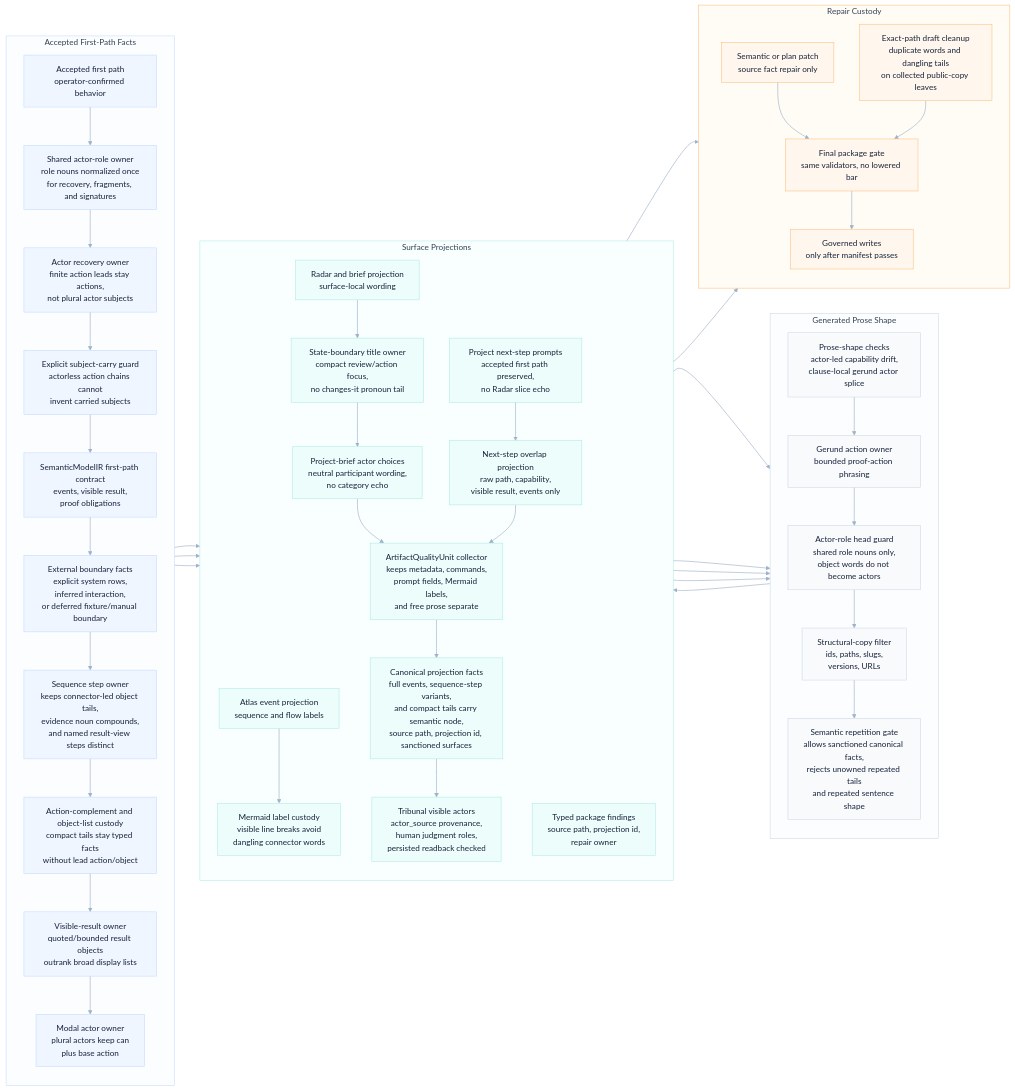
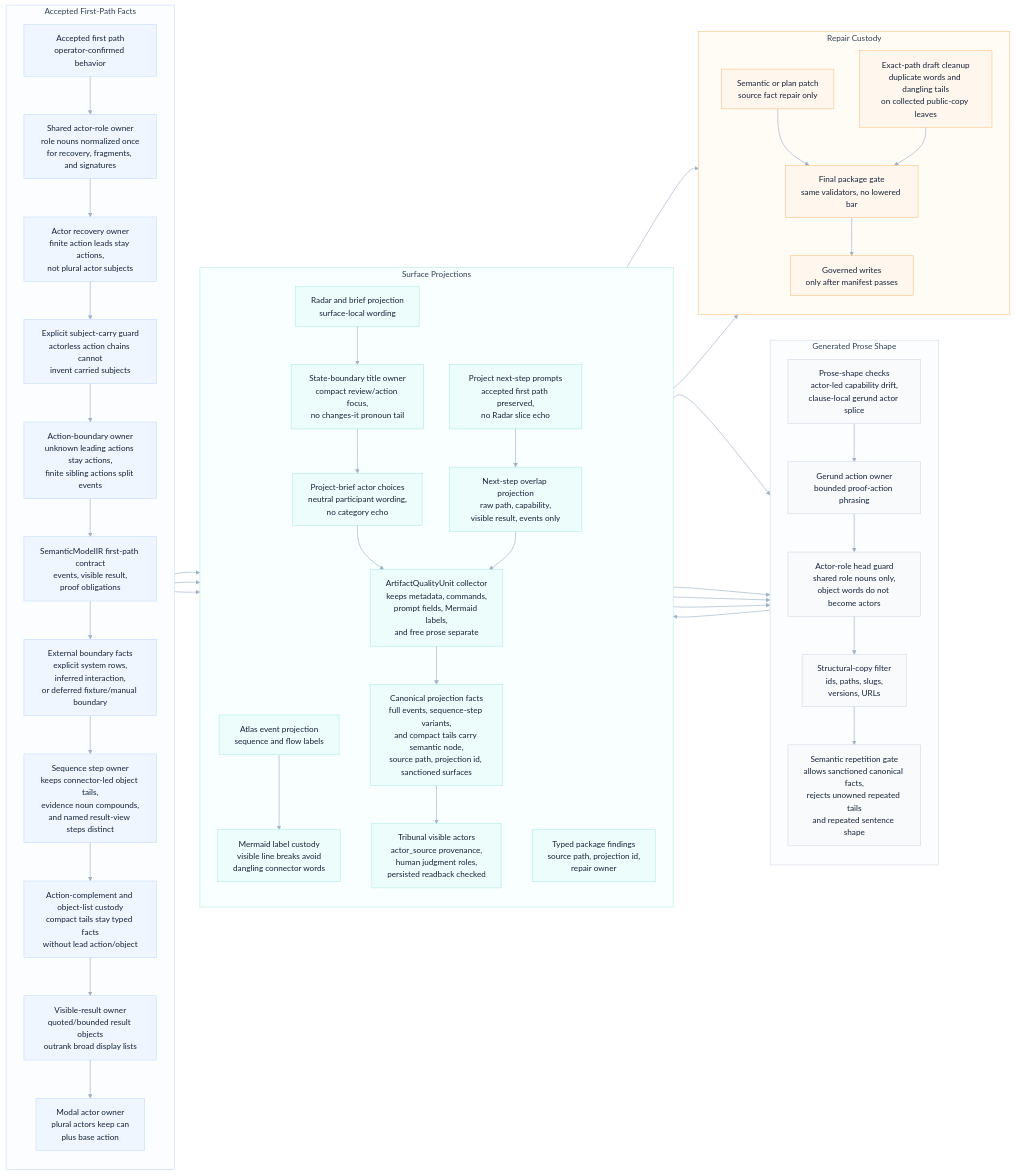
The diagram in odylith/atlas/source/greenfield-first-path-semantic-copy-custody.mmd (odylith/odylith), drawn with Mermaid before and after one commit. The commit also changed 25 other files, not shown here.

Commit message:
Harden greenfield first-path action custody

```diff
--- a/odylith/atlas/source/greenfield-first-path-semantic-copy-custody.mmd
+++ b/odylith/atlas/source/greenfield-first-path-semantic-copy-custody.mmd
@@ -1,96 +1,98 @@
 flowchart LR
     subgraph intent_lane["Accepted First-Path Facts"]
       direction TB
       accepted_path["Accepted first path<br/>operator-confirmed behavior"]
       actor_roles["Shared actor-role owner<br/>role nouns normalized once<br/>for recovery, fragments, and signatures"]
       actor_recovery["Actor recovery owner<br/>finite action leads stay actions,<br/>not plural actor subjects"]
       subject_carry_guard["Explicit subject-carry guard<br/>actorless action chains cannot<br/>invent carried subjects"]
+      action_boundary["Action-boundary owner<br/>unknown leading actions stay actions,<br/>finite sibling actions split events"]
       semantic_contract["SemanticModelIR first-path contract<br/>events, visible result,<br/>proof obligations"]
       external_boundary["External boundary facts<br/>explicit system rows,<br/>inferred interaction,<br/>or deferred fixture/manual boundary"]
       sequence_owner["Sequence step owner<br/>keeps connector-led object tails,<br/>evidence noun compounds,<br/>and named result-view steps distinct"]
       tail_custody["Action-complement and object-list custody<br/>compact tails stay typed facts<br/>without lead action/object"]
       visible_result_owner["Visible-result owner<br/>quoted/bounded result objects<br/>outrank broad display lists"]
       modal_owner["Modal actor owner<br/>plural actors keep can<br/>plus base action"]
     end
 
     subgraph prose_lane["Generated Prose Shape"]
       direction TB
       shape_checks["Prose-shape checks<br/>actor-led capability drift,<br/>clause-local gerund actor splice"]
       gerund_owner["Gerund action owner<br/>bounded proof-action phrasing"]
       actor_role_head_guard["Actor-role head guard<br/>shared role nouns only,<br/>object words do not become actors"]
       structural_filter["Structural-copy filter<br/>ids, paths, slugs,<br/>versions, URLs"]
       repetition_gate["Semantic repetition gate<br/>allows sanctioned canonical facts,<br/>rejects unowned repeated tails<br/>and repeated sentence shape"]
     end
 
     subgraph projection_lane["Surface Projections"]
       direction TB
       radar_projection["Radar and brief projection<br/>surface-local wording"]
       state_boundary_titles["State-boundary title owner<br/>compact review/action focus,<br/>no changes-it pronoun tail"]
       actor_choice_copy["Project-brief actor choices<br/>neutral participant wording,<br/>no category echo"]
       atlas_projection["Atlas event projection<br/>sequence and flow labels"]
       mermaid_label_custody["Mermaid label custody<br/>visible line breaks avoid<br/>dangling connector words"]
       next_step_prompts["Project next-step prompts<br/>accepted first path preserved,<br/>no Radar slice echo"]
       overlap_projection["Next-step overlap projection<br/>raw path, capability,<br/>visible result, events only"]
       artifact_units["ArtifactQualityUnit collector<br/>keeps metadata, commands,<br/>prompt fields, Mermaid labels,<br/>and free prose separate"]
       canonical_facts["Canonical projection facts<br/>full events, sequence-step variants,<br/>and compact tails carry semantic node,<br/>source path, projection id, sanctioned surfaces"]
       tribunal_actors["Tribunal visible actors<br/>actor_source provenance,<br/>human judgment roles,<br/>persisted readback checked"]
       package_findings["Typed package findings<br/>source path, projection id,<br/>repair owner"]
     end
 
     subgraph repair_lane["Repair Custody"]
       direction TB
       semantic_plan_patch["Semantic or plan patch<br/>source fact repair only"]
       exact_draft_cleanup["Exact-path draft cleanup<br/>duplicate words and dangling tails<br/>on collected public-copy leaves"]
       final_gate["Final package gate<br/>same validators, no lowered bar"]
       governed_write["Governed writes<br/>only after manifest passes"]
     end
 
     accepted_path --> actor_roles
     actor_roles --> actor_recovery
     actor_recovery --> subject_carry_guard
-    subject_carry_guard --> semantic_contract
+    subject_carry_guard --> action_boundary
+    action_boundary --> semantic_contract
     semantic_contract --> external_boundary
     external_boundary --> sequence_owner
     sequence_owner --> tail_custody
     tail_custody --> visible_result_owner
     visible_result_owner --> modal_owner
     modal_owner --> radar_projection
     modal_owner --> atlas_projection
     modal_owner --> next_step_prompts
     radar_projection --> state_boundary_titles
     state_boundary_titles --> actor_choice_copy
     radar_projection --> shape_checks
     atlas_projection --> mermaid_label_custody
     mermaid_label_custody --> shape_checks
     actor_choice_copy --> artifact_units
     next_step_prompts --> overlap_projection
     overlap_projection --> artifact_units
     artifact_units --> canonical_facts
     canonical_facts --> tribunal_actors
     tribunal_actors --> shape_checks
     shape_checks --> gerund_owner
     gerund_owner --> actor_role_head_guard
     actor_role_head_guard --> structural_filter
     structural_filter --> repetition_gate
     canonical_facts --> repetition_gate
     repetition_gate --> package_findings
     package_findings --> semantic_plan_patch
     package_findings --> exact_draft_cleanup
     semantic_plan_patch --> final_gate
     exact_draft_cleanup --> final_gate
     final_gate --> governed_write
 
     classDef intent fill:#EFF6FF,stroke:#BFD7FE,color:#17233A,stroke-width:1px;
     classDef prose fill:#F8FAFC,stroke:#CBD5E1,color:#17233A,stroke-width:1px;
     classDef projection fill:#ECFDFB,stroke:#A7E9E3,color:#17233A,stroke-width:1px;
     classDef repair fill:#FFF7ED,stroke:#FDBA74,color:#17233A,stroke-width:1px;
-    class accepted_path,actor_roles,actor_recovery,subject_carry_guard,semantic_contract,external_boundary,sequence_owner,tail_custody,visible_result_owner,modal_owner intent;
+    class accepted_path,actor_roles,actor_recovery,subject_carry_guard,action_boundary,semantic_contract,external_boundary,sequence_owner,tail_custody,visible_result_owner,modal_owner intent;
     class shape_checks,gerund_owner,actor_role_head_guard,structural_filter,repetition_gate prose;
     class radar_projection,state_boundary_titles,actor_choice_copy,atlas_projection,mermaid_label_custody,next_step_prompts,overlap_projection,artifact_units,canonical_facts,tribunal_actors,package_findings projection;
     class semantic_plan_patch,exact_draft_cleanup,final_gate,governed_write repair;
 
     style intent_lane fill:#FBFDFF,stroke:#BFD7FE,stroke-width:1px,color:#334155
     style prose_lane fill:#FBFDFF,stroke:#CBD5E1,stroke-width:1px,color:#334155
     style projection_lane fill:#F8FFFE,stroke:#A7E9E3,stroke-width:1px,color:#334155
     style repair_lane fill:#FFFBF5,stroke:#FDBA74,stroke-width:1px,color:#334155
     linkStyle default stroke:#9FB2C8,stroke-width:1.25px
```
